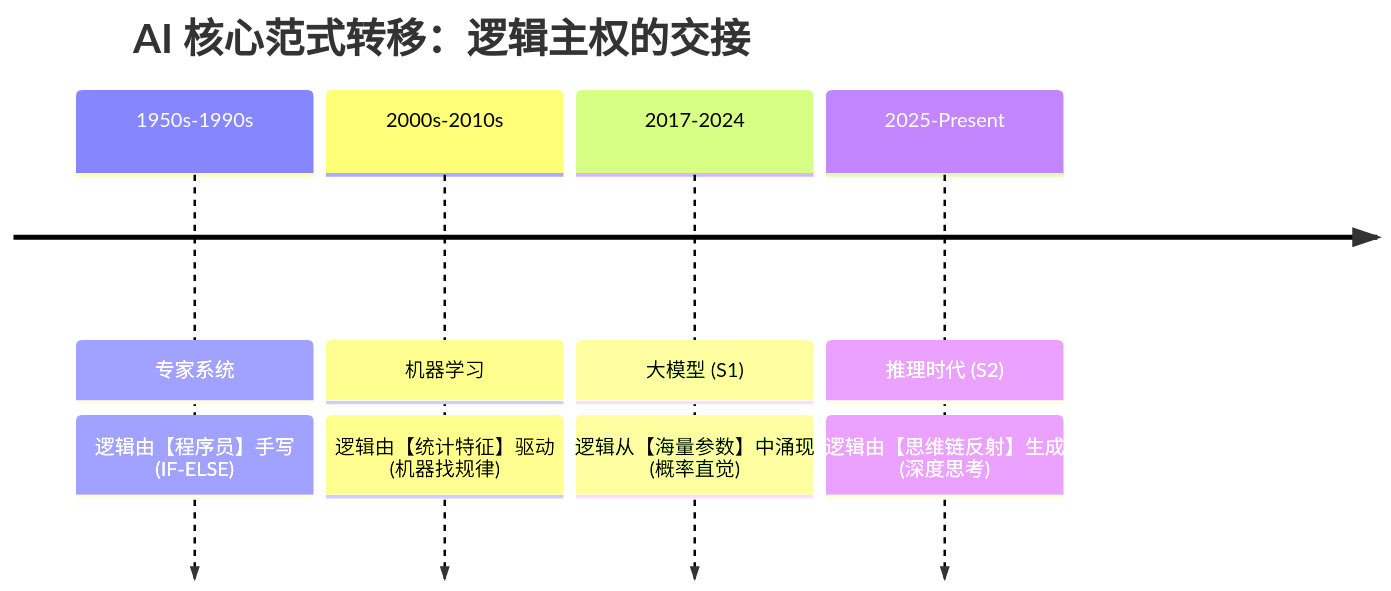
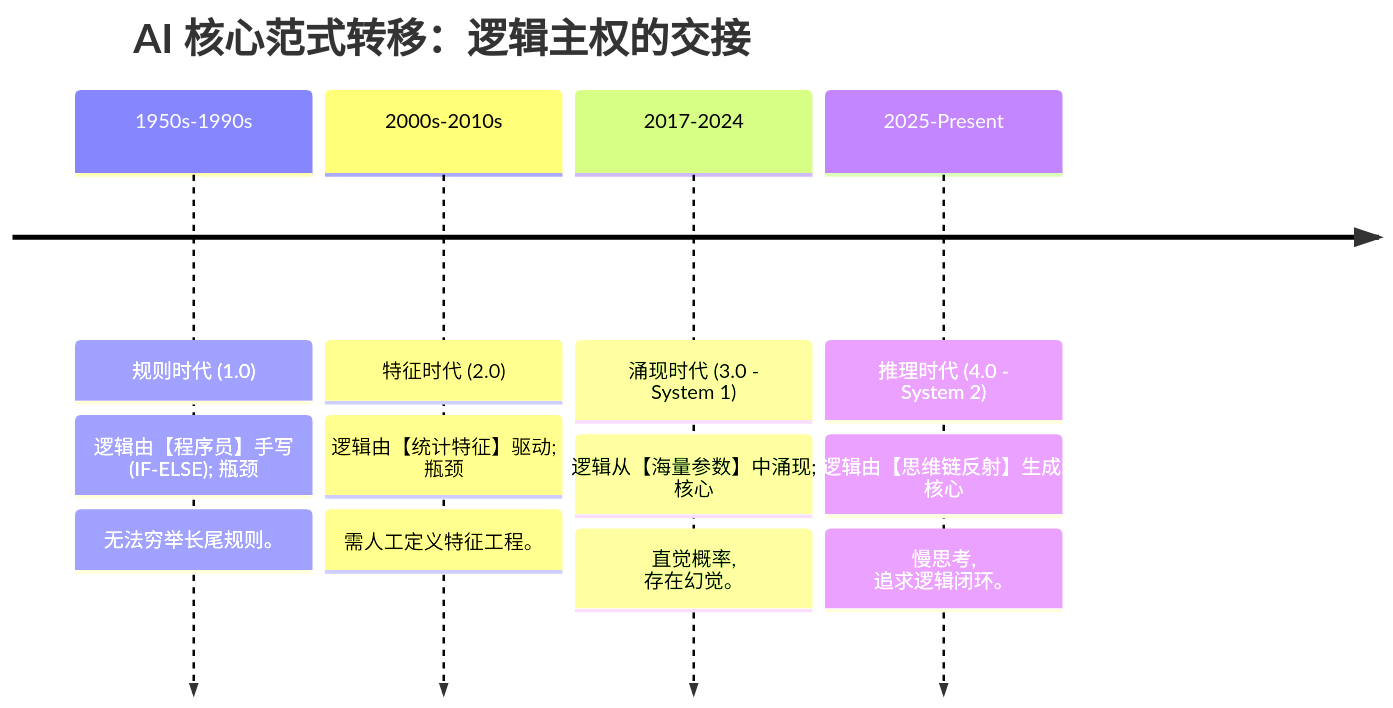
Before and after one commit to wangchong2023/ai-learning: the fourth of 41 diagrams in doc/AI_Knowledge_Roadmap.md, drawn with Mermaid. The commit also changed other lines of this file, not shown here.

Commit message:
docs: update learning resources and structure in AI Knowledge Roadmap

````diff
--- a/doc/AI_Knowledge_Roadmap.md
+++ b/doc/AI_Knowledge_Roadmap.md
@@ -194,8 +197,8 @@
 ```mermaid
 timeline
     title AI 核心范式转移：逻辑主权的交接
-    1950s-1990s : 专家系统 : 逻辑由【程序员】手写 (IF-ELSE)
-    2000s-2010s : 机器学习 : 逻辑由【统计特征】驱动 (机器找规律)
-    2017-2024   : 大模型 (S1) : 逻辑从【海量参数】中涌现 (概率直觉)
-    2025-Present : 推理时代 (S2) : 逻辑由【思维链反射】生成 (深度思考)
+    1950s-1990s : 规则时代 (1.0) : 逻辑由【程序员】手写 (IF-ELSE); 瓶颈: 无法穷举长尾规则。
+    2000s-2010s : 特征时代 (2.0) : 逻辑由【统计特征】驱动; 瓶颈: 需人工定义特征工程。
+    2017-2024   : 涌现时代 (3.0 - System 1) : 逻辑从【海量参数】中涌现; 核心: 直觉概率, 存在幻觉。
+    2025-Present : 推理时代 (4.0 - System 2) : 逻辑由【思维链反射】生成; 核心: 慢思考, 追求逻辑闭环。
 ```
````
